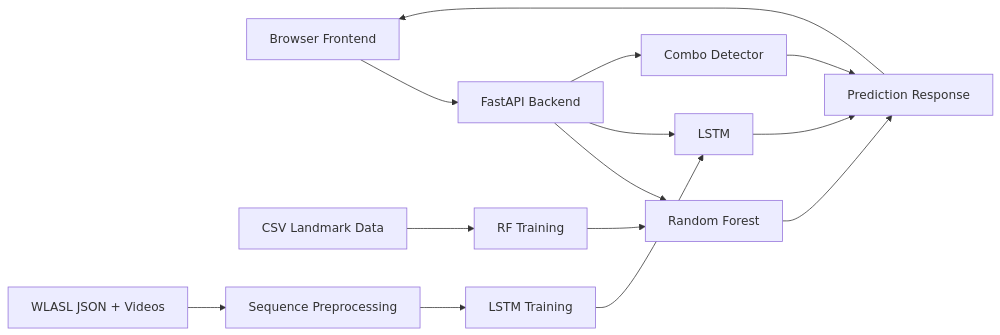
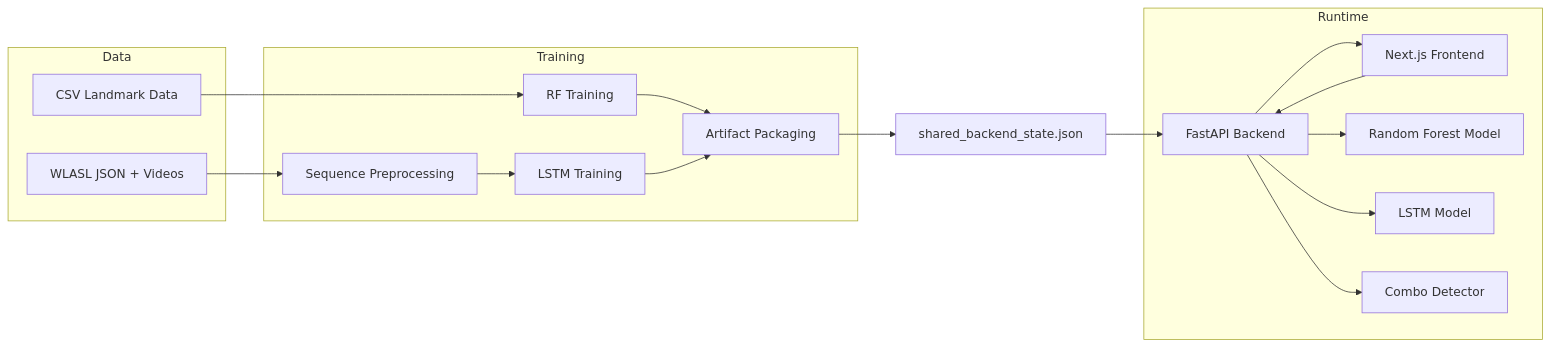
The second of 7 diagrams in README.md (RishiStudies/hand_sign_detection_dynamic), drawn with Mermaid before and after one commit. The commit also changed other lines of this file, not shown here.

First line of the commit message:
Revise README: add quickstart, diagrams, usage

````diff
--- a/README.md
+++ b/README.md
@@ -53,16 +74,34 @@
 ```mermaid
 flowchart LR
-  UI[Browser Frontend] --> API[FastAPI Backend]
-  API --> RF[Random Forest]
-  API --> LSTM[LSTM]
-  API --> COMBO[Combo Detector]
-  CSV[CSV Landmark Data] --> RFTRAIN[RF Training]
-  WLASL[WLASL JSON + Videos] --> PREP[Sequence Preprocessing]
-  PREP --> LSTMTRAIN[LSTM Training]
-  RFTRAIN --> RF
-  LSTMTRAIN --> LSTM
-  RF --> RESP[Prediction Response]
-  LSTM --> RESP
-  COMBO --> RESP
-  RESP --> UI
+  subgraph Data
+    CSV[CSV Landmark Data]
+    WLASL[WLASL JSON + Videos]
+  end
+
+  subgraph Training
+    RFTRAIN[RF Training]
+    PREP[Sequence Preprocessing]
+    LSTMTRAIN[LSTM Training]
+    PACKAGE[Artifact Packaging]
+  end
+
+  subgraph Runtime
+    UI[Next.js Frontend]
+    API[FastAPI Backend]
+    RF[Random Forest Model]
+    LSTM[LSTM Model]
+    COMBO[Combo Detector]
+  end
+
+  CSV --> RFTRAIN
+  WLASL --> PREP --> LSTMTRAIN
+  RFTRAIN --> PACKAGE
+  LSTMTRAIN --> PACKAGE
+  PACKAGE --> STATE[shared_backend_state.json]
+  STATE --> API
+  API --> RF
+  API --> LSTM
+  API --> COMBO
+  UI --> API
+  API --> UI
 ```
````
